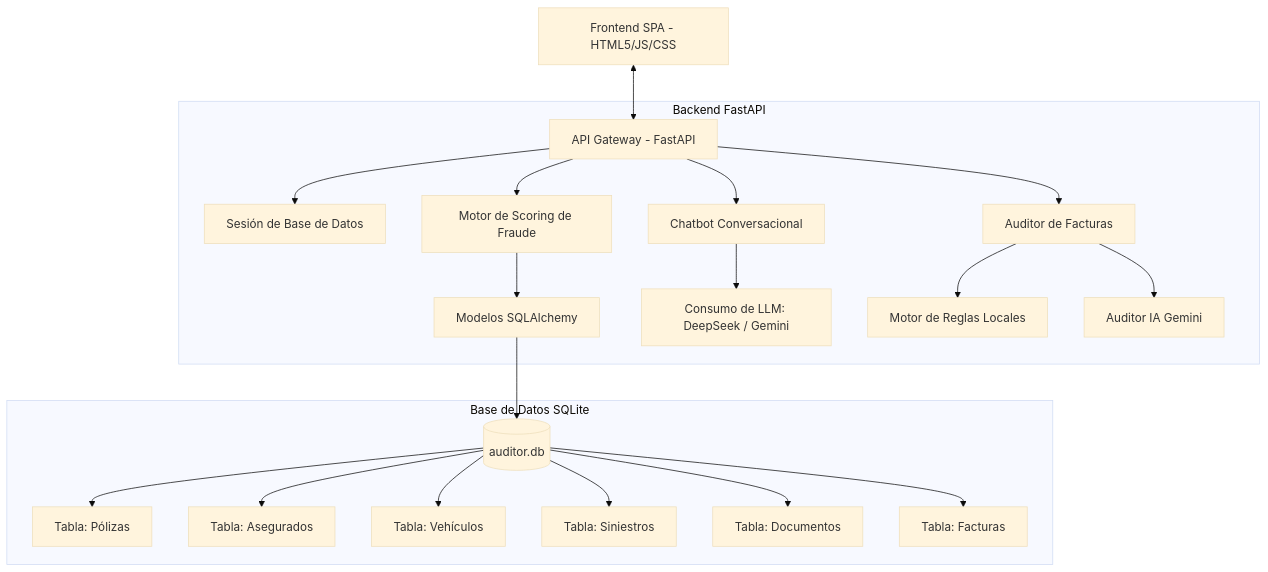
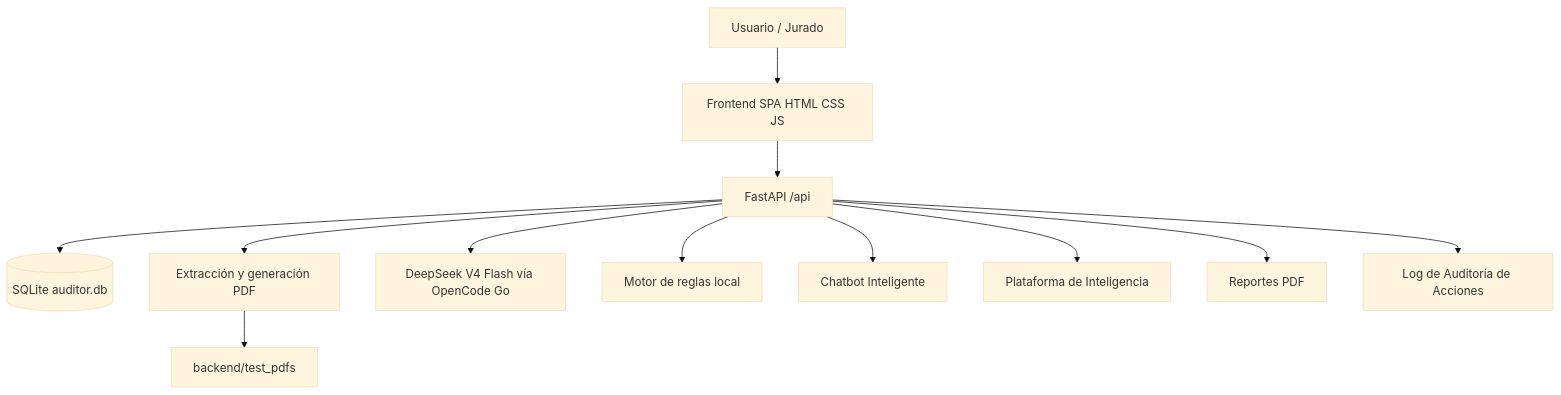
Before and after one commit to yosuSALA/Final-reto: the first of 2 diagrams in docs/arquitectura.md, drawn with Mermaid (base theme). The commit also changed other lines of this file and 46 other files, not shown here.

Commit message:
Demo final: arranque portable, generador manual/auto, auditoria IA DeepSeek, guia paso a paso corregida, docs actualizados

````diff
--- a/docs/arquitectura.md
+++ b/docs/arquitectura.md
@@ -7,26 +7,14 @@
 ```mermaid
-graph TD
-    UI[Frontend SPA - HTML5/JS/CSS] <--> API[API Gateway - FastAPI]
-    
-    subgraph Backend FastAPI
-        API --> DB_Session[Sesión de Base de Datos]
-        API --> FraudEngine[Motor de Scoring de Fraude]
-        API --> ChatAgent[Chatbot Conversacional]
-        API --> AuditAgent[Auditor de Facturas]
-        
-        FraudEngine --> Models[Modelos SQLAlchemy]
-        ChatAgent --> LLM_Call[Consumo de LLM: DeepSeek / Gemini]
-        AuditAgent --> RulesEngine[Motor de Reglas Locales]
-        AuditAgent --> GeminiAuditor[Auditor IA Gemini]
-    end
-
-    subgraph Base de Datos SQLite
-        Models --> DB[(auditor.db)]
-        DB --> Polizas[Tabla: Pólizas]
-        DB --> Asegurados[Tabla: Asegurados]
-        DB --> Vehiculos[Tabla: Vehículos]
-        DB --> Siniestros[Tabla: Siniestros]
-        DB --> Documentos[Tabla: Documentos]
-        DB --> Invoices[Tabla: Facturas]
-    end
+flowchart TD
+    U[Usuario / Jurado] --> SPA[Frontend SPA HTML CSS JS]
+    SPA --> API[FastAPI /api]
+    API --> DB[(SQLite auditor.db)]
+    API --> PDF[Extracción y generación PDF]
+    API --> IA[DeepSeek V4 Flash vía OpenCode Go]
+    API --> RULES[Motor de reglas local]
+    API --> CHATBOT[Chatbot Inteligente]
+    API --> INTEL[Plataforma de Inteligencia]
+    PDF --> TESTPDFS[backend/test_pdfs]
+    API --> REPORTS[Reportes PDF]
+    API --> AUDITLOG[Log de Auditoría de Acciones]
 ```
````
